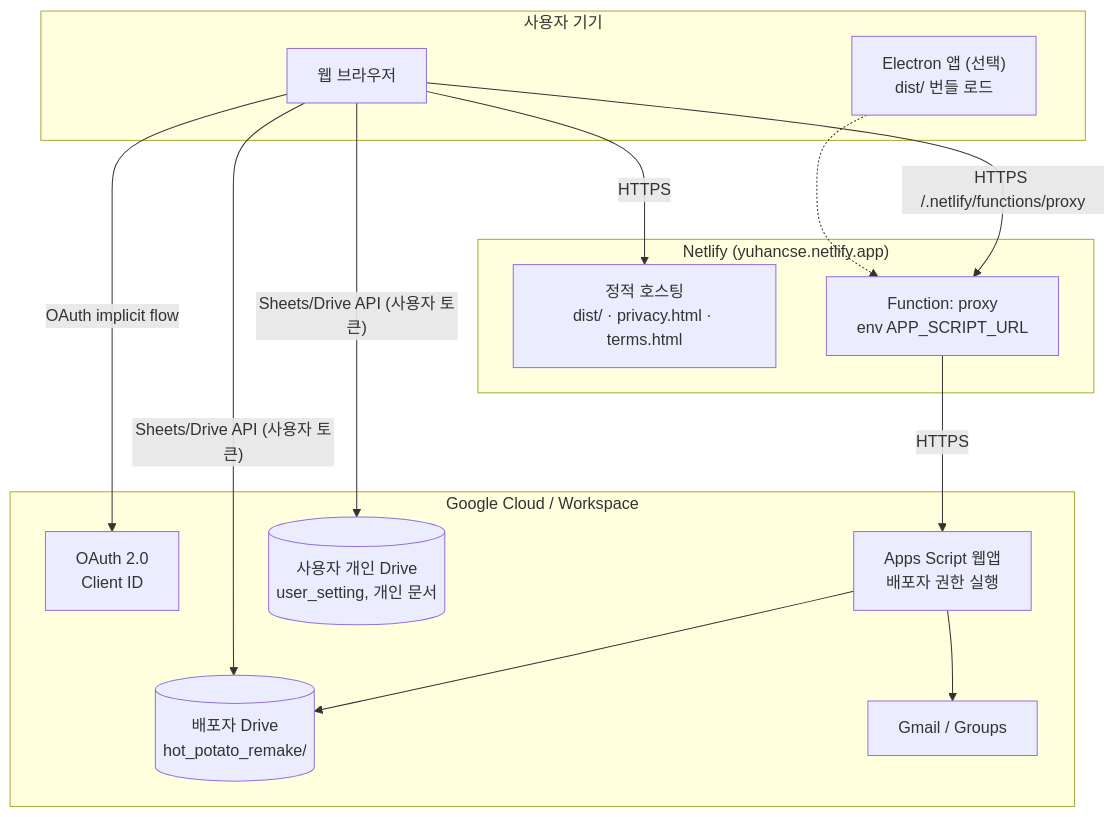
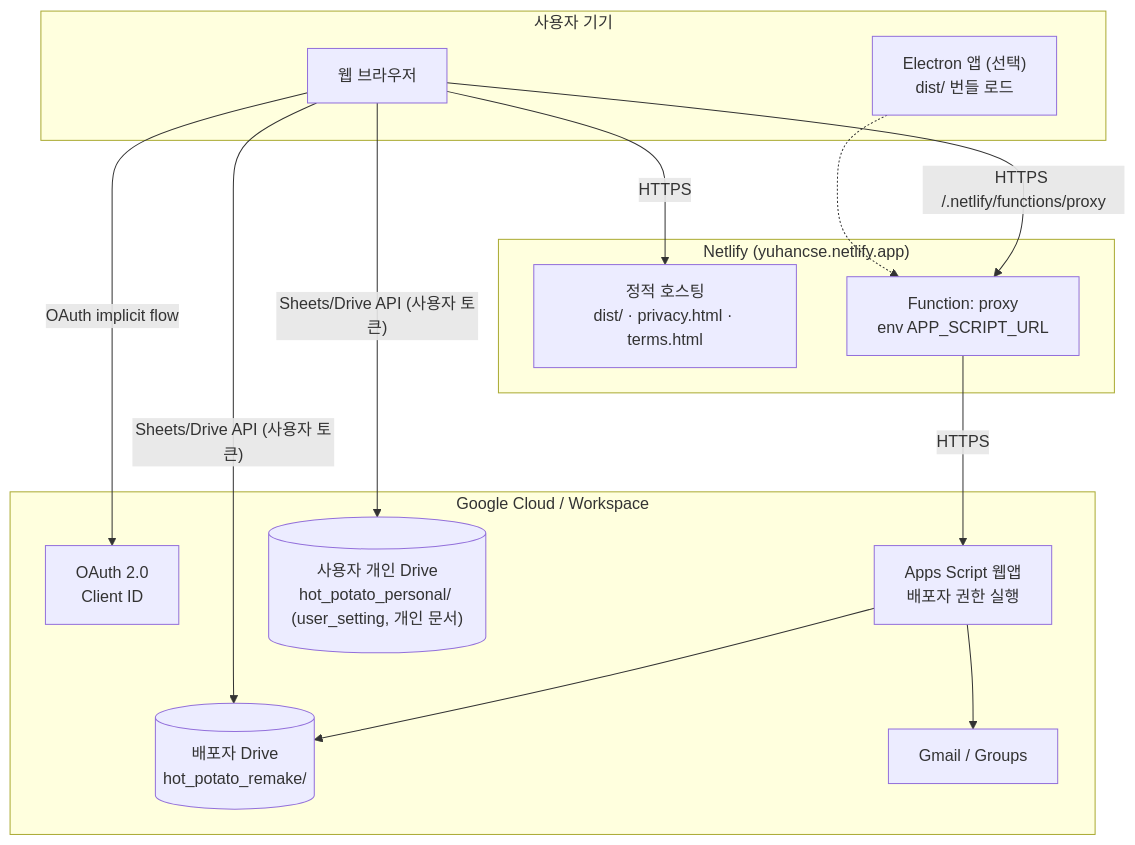
The third of 13 diagrams in docs/ARCHITECTURE.md (semicolon213/hot_potato_remake), drawn with Mermaid before and after one commit. The commit also changed other lines of this file and 11 other files, not shown here.

````diff
--- a/docs/ARCHITECTURE.md
+++ b/docs/ARCHITECTURE.md
@@ -80,30 +80,30 @@
 ```mermaid
 flowchart TB
     subgraph Device["사용자 기기"]
         BR["웹 브라우저"]
         EL["Electron 앱 (선택)<br/>dist/ 번들 로드"]
     end
 
     subgraph Netlify["Netlify (yuhancse.netlify.app)"]
         CDN["정적 호스팅<br/>dist/ · privacy.html · terms.html"]
         FUNC["Function: proxy<br/>env APP_SCRIPT_URL"]
     end
 
     subgraph Google["Google Cloud / Workspace"]
         OAUTH["OAuth 2.0<br/>Client ID"]
         GAS["Apps Script 웹앱<br/>배포자 권한 실행"]
         DRIVE[("배포자 Drive<br/>hot_potato_remake/")]
-        PDRIVE[("사용자 개인 Drive<br/>user_setting, 개인 문서")]
+        PDRIVE[("사용자 개인 Drive<br/>hot_potato_personal/ (user_setting, 개인 문서)")]
         GMAIL["Gmail / Groups"]
     end
 
     BR -- HTTPS --> CDN
     BR -- "HTTPS /.netlify/functions/proxy" --> FUNC
     FUNC -- HTTPS --> GAS
     GAS --> DRIVE
     GAS --> GMAIL
     BR -- "OAuth implicit flow" --> OAUTH
     BR -- "Sheets/Drive API (사용자 토큰)" --> DRIVE
     BR -- "Sheets/Drive API (사용자 토큰)" --> PDRIVE
     EL -.-> FUNC
 ```
````
